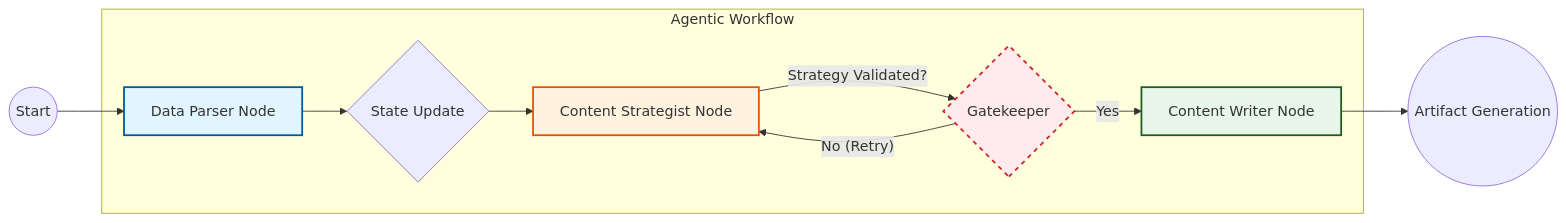
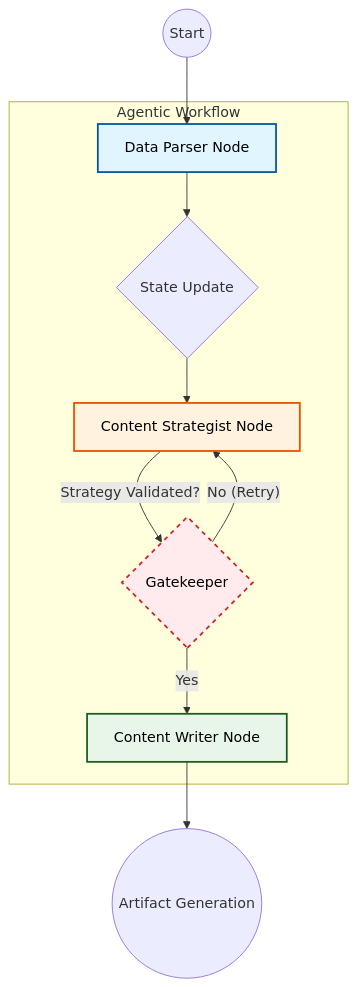
The diagram in README.md (AmitS1009/kasparro-agentic-system), drawn with Mermaid before and after one commit.

````diff
--- a/README.md
+++ b/README.md
@@ -17,19 +17,19 @@
 ```mermaid
-graph LR
+graph TD
     START((Start)) --> Parser[Data Parser Node]
     
     subgraph "Agentic Workflow"
         Parser --> State{State Update}
         State --> Strategist[Content Strategist Node]
         Strategist -- "Strategy Validated?" --> Validator{Gatekeeper}
         Validator -- "Yes" --> Writer[Content Writer Node]
         Validator -- "No (Retry)" --> Strategist
     end
     
     Writer --> END((Artifact Generation))
 
-    style Parser fill:#e1f5fe,stroke:#01579b,stroke-width:2px
-    style Strategist fill:#fff3e0,stroke:#e65100,stroke-width:2px
-    style Writer fill:#e8f5e9,stroke:#1b5e20,stroke-width:2px
-    style Validator fill:#ffebee,stroke:#c62828,stroke-width:2px,stroke-dasharray: 5 5
+    style Parser fill:#e1f5fe,stroke:#01579b,stroke-width:2px,color:#000
+    style Strategist fill:#fff3e0,stroke:#e65100,stroke-width:2px,color:#000
+    style Writer fill:#e8f5e9,stroke:#1b5e20,stroke-width:2px,color:#000
+    style Validator fill:#ffebee,stroke:#c62828,stroke-width:2px,stroke-dasharray: 5 5,color:#000
 ```
````
